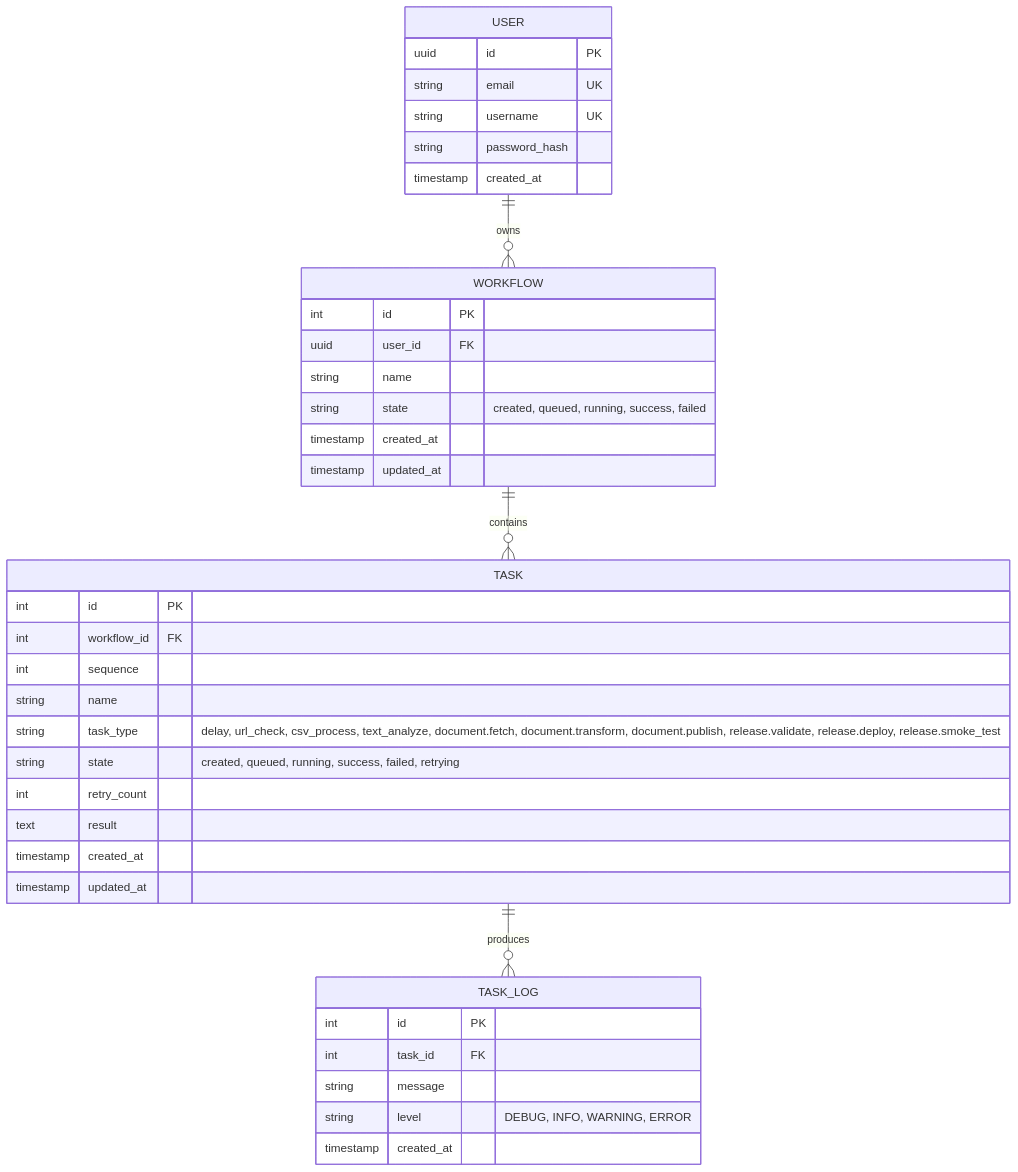
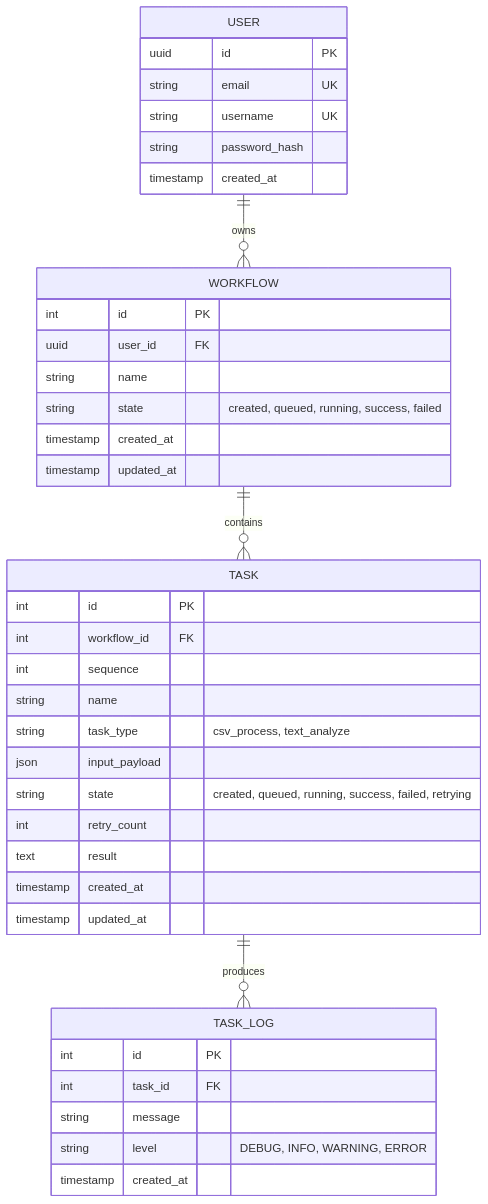
One commit to aryan-p03/distributed-workflow-orchestrator changed the diagram in docs/schema.md. Above: the diagram before and after it, drawn with Mermaid. The commit also changed other lines of this file and 22 other files, not shown here.

````diff
--- a/docs/schema.md
+++ b/docs/schema.md
@@ -5,44 +5,45 @@
 ```mermaid
 erDiagram
     USER ||--o{ WORKFLOW : owns
     WORKFLOW ||--o{ TASK : contains
     TASK ||--o{ TASK_LOG : produces
 
     USER {
         uuid id PK
         string email UK
         string username UK
         string password_hash
         timestamp created_at
     }
 
     WORKFLOW {
         int id PK
         uuid user_id FK
         string name
         string state "created, queued, running, success, failed"
         timestamp created_at
         timestamp updated_at
     }
 
     TASK {
         int id PK
         int workflow_id FK
         int sequence
         string name
-        string task_type "delay, url_check, csv_process, text_analyze, document.fetch, document.transform, document.publish, release.validate, release.deploy, release.smoke_test"
+        string task_type "csv_process, text_analyze"
+        json input_payload
         string state "created, queued, running, success, failed, retrying"
         int retry_count
         text result
         timestamp created_at
         timestamp updated_at
     }
 
     TASK_LOG {
         int id PK
         int task_id FK
         string message
         string level "DEBUG, INFO, WARNING, ERROR"
         timestamp created_at
     }
 ```
````
